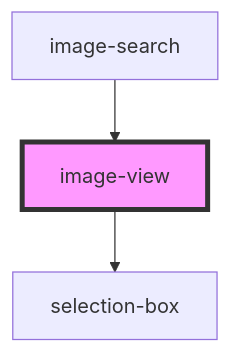
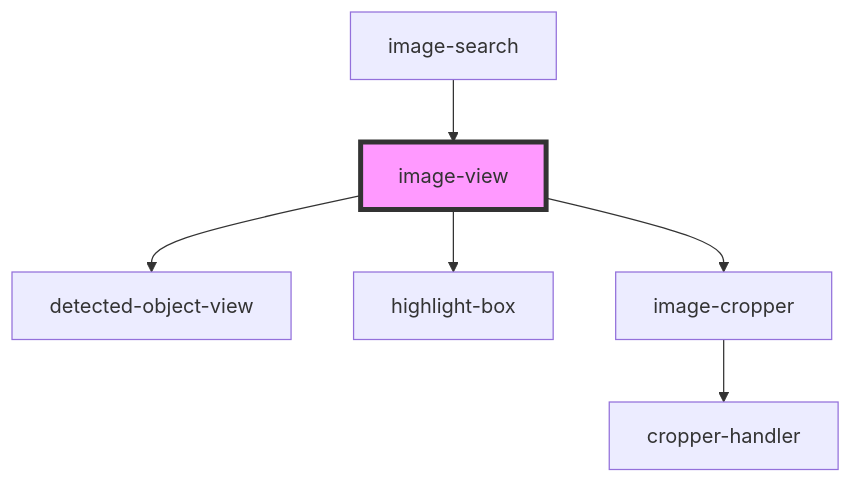
The diagram in src/components/image-search/image-view/readme.md (vviinn/widgets), drawn with Mermaid before and after one commit. The commit also changed other lines of this file and 25 other files, not shown here.

````diff
--- a/src/components/image-search/image-view/readme.md
+++ b/src/components/image-search/image-view/readme.md
@@ -26,6 +37,9 @@
 ```mermaid
 graph TD;
-  image-view --> selection-box
+  image-view --> detected-object-view
+  image-view --> highlight-box
+  image-view --> image-cropper
+  image-cropper --> cropper-handler
   image-search --> image-view
   style image-view fill:#f9f,stroke:#333,stroke-width:4px
 ```
````
